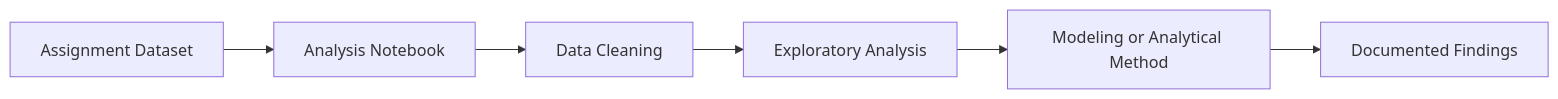
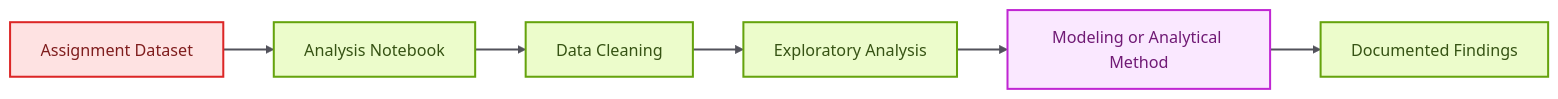
Before and after one commit to skx56/DAI_assignment3: the diagram in README.md, drawn with Mermaid.

Commit message:
Colorize README architecture diagram

````diff
--- a/README.md
+++ b/README.md
@@ -29,8 +29,18 @@
 ```mermaid
 flowchart LR
   Dataset["Assignment Dataset"] --> Notebook["Analysis Notebook"]
   Notebook --> Clean["Data Cleaning"]
   Clean --> Explore["Exploratory Analysis"]
   Explore --> Model["Modeling or Analytical Method"]
   Model --> Findings["Documented Findings"]
+
+  classDef inputs fill:#FEE2E2,stroke:#DC2626,color:#7F1D1D,stroke-width:2px;
+  classDef process fill:#ECFCCB,stroke:#65A30D,color:#365314,stroke-width:2px;
+  classDef data fill:#DBEAFE,stroke:#2563EB,color:#1E3A8A,stroke-width:2px;
+  classDef agent fill:#FAE8FF,stroke:#C026D3,color:#701A75,stroke-width:2px;
+  classDef output fill:#DCFCE7,stroke:#16A34A,color:#14532D,stroke-width:2px;
+  class Dataset inputs;
+  class Notebook,Clean,Explore,Findings process;
+  class Model agent;
+  linkStyle default stroke:#52525B,stroke-width:2px;
 ```
````
